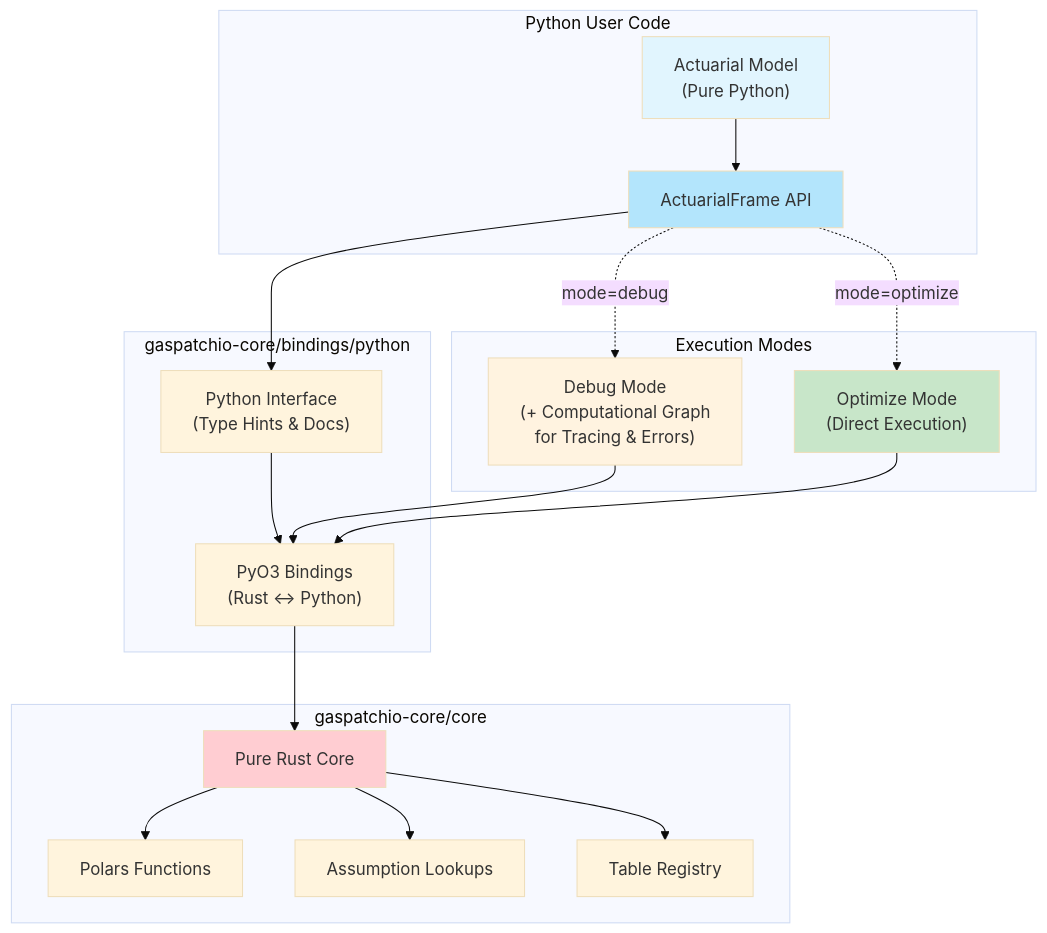
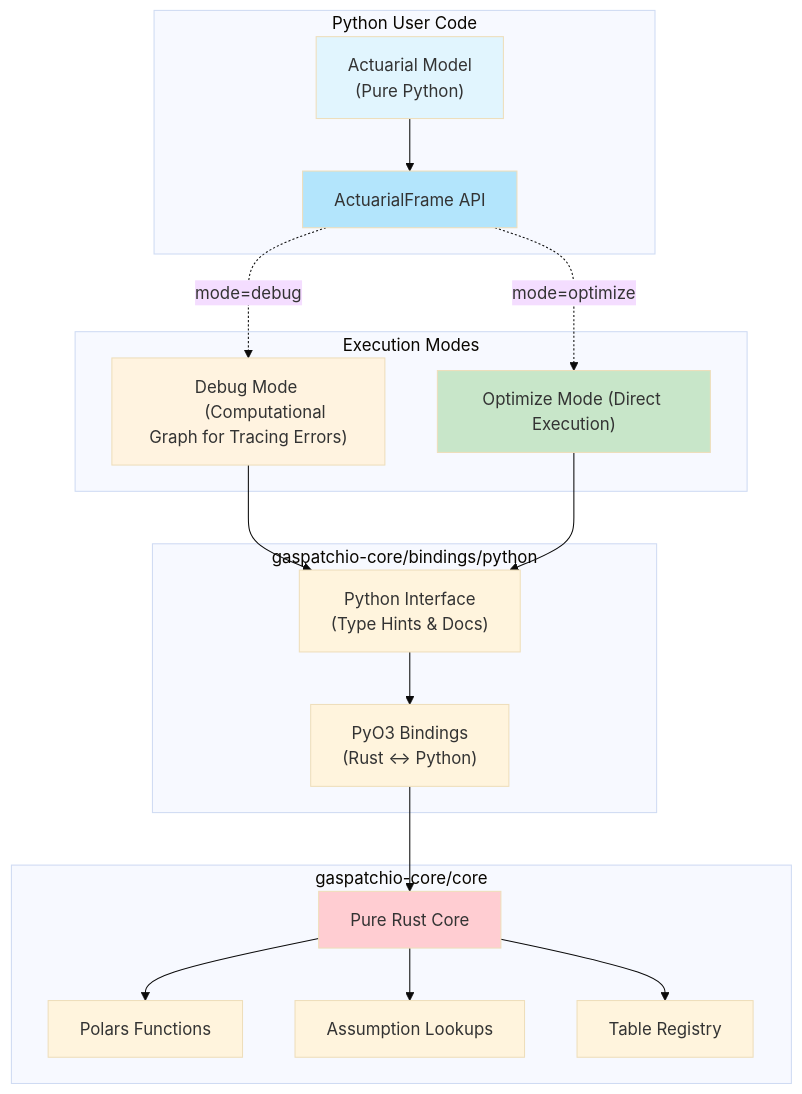
One commit to gaspatchio/gaspatchio changed the diagram in readme.md. Above: the diagram before and after it, drawn with Mermaid (base theme). The commit also changed other lines of this file and 11 other files, not shown here.

````diff
--- a/readme.md
+++ b/readme.md
@@ -41,43 +44,46 @@
 ```mermaid
 graph TB
     subgraph "Python User Code"
-        Model["Actuarial Model\n(Pure Python)"]
+        Model["Actuarial Model 
+        (Pure Python)"]
         AF["ActuarialFrame API"]
     end
     
     subgraph "gaspatchio-core/bindings/python"
-        PyInterface["Python Interface\n(Type Hints & Docs)"]
-        PyO3["PyO3 Bindings\n(Rust ↔ Python)"]
+        PyInterface["Python Interface
+        (Type Hints & Docs)"]
+        PyO3["PyO3 Bindings
+        (Rust ↔ Python)"]
     end
     
     subgraph "gaspatchio-core/core"
         Core["Pure Rust Core"]
         Polars["Polars Functions"]
         Lookups["Assumption Lookups"]
         Registry["Table Registry"]
     end
     
     subgraph "Execution Modes"
-        Debug["Debug Mode\n(+ Computational Graph\nfor Tracing & Errors)"]
-        Optimize["Optimize Mode\n(Direct Execution)"]
+        Debug["Debug Mode 
+        (Computational Graph for Tracing Errors)"]
+        Optimize["Optimize Mode (Direct Execution)"]
     end
     
-    Model --> AF
-    AF --> PyInterface
+    Model --> AF    
     PyInterface --> PyO3
     PyO3 --> Core
     Core --> Polars
     Core --> Lookups
     Core --> Registry
     
     AF -.->|"mode=debug"| Debug
     AF -.->|"mode=optimize"| Optimize
-    Debug --> PyO3
-    Optimize --> PyO3
+    Debug --> PyInterface
+    Optimize --> PyInterface
     
     style Model fill:#e1f5fe
     style AF fill:#b3e5fc
     style Debug fill:#fff3e0
     style Optimize fill:#c8e6c9
     style Core fill:#ffcdd2
 ```
````
